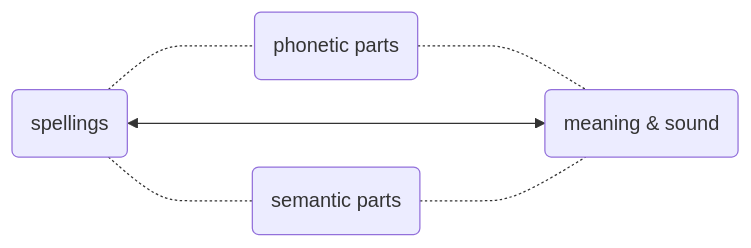
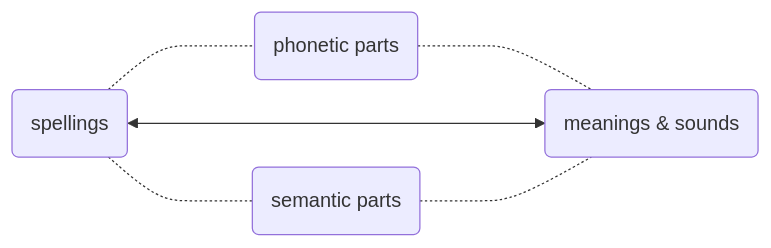
One commit to ZuodaoTech/everyone-can-use-english changed the second of 4 diagrams in 1000-hours/sounds-of-american-english/4-whats-next.md. Above: the diagram before and after it, drawn with Mermaid.

Commit message:
keep updated

````diff
--- a/1000-hours/sounds-of-american-english/4-whats-next.md
+++ b/1000-hours/sounds-of-american-english/4-whats-next.md
@@ -18,6 +18,6 @@
 ```mermaid
 flowchart LR
-spellings(spellings)-..-phonetic-parts(phonetic parts)-..-meaning&sound(meaning & sound)
-spellings(spellings)<---->meaning&sound(meaning & sound)
-spellings(spellings)-..-*semantic*-parts(semantic parts)-..-meaning&sound(meaning & sound)
+spellings(spellings)-..-phonetic-parts(phonetic parts)-..-meanings&sounds(meanings & sounds)
+spellings(spellings)<---->meanings&sounds(meanings & sounds)
+spellings(spellings)-..-*semantic*-parts(semantic parts)-..-meanings&sounds(meanings & sounds)
 ```
````
